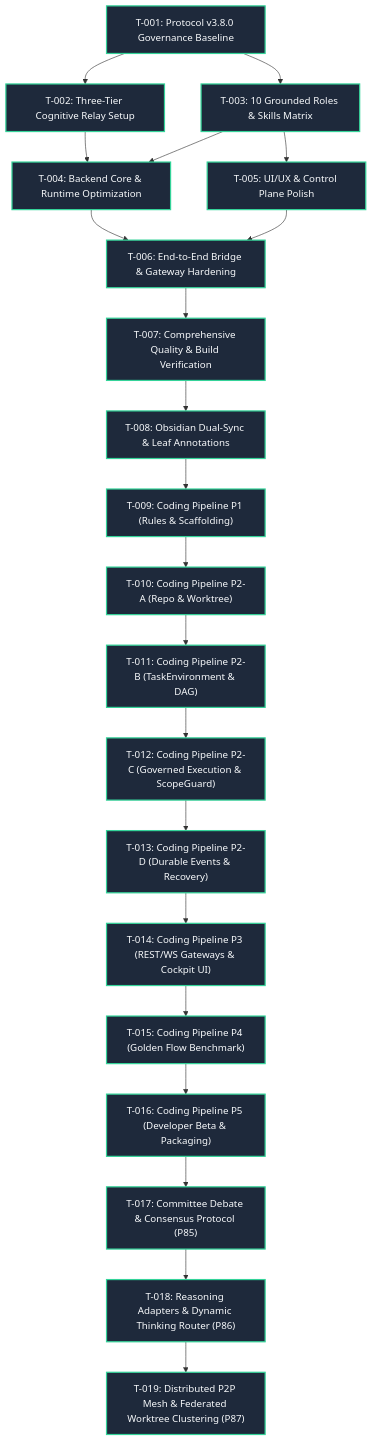
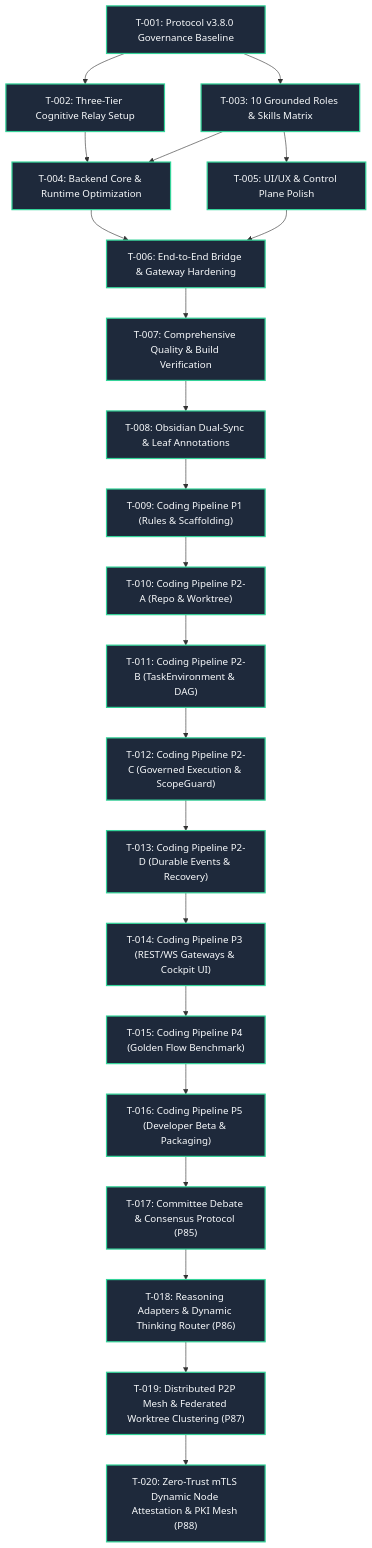
Before and after one commit to OPluke11-abula/LLM-Agent-System: the diagram in docs/obsidian/05 Task Status & Multi-Agent Execution DAG.md, drawn with Mermaid. The commit also changed other lines of this file and 11 other files, not shown here.

Commit message:
feat(pki): implement zero-trust mtls dynamic node attestation and mutual tls pki mesh (p88) (#11)

````diff
--- a/docs/obsidian/05 Task Status & Multi-Agent Execution DAG.md
+++ b/docs/obsidian/05 Task Status & Multi-Agent Execution DAG.md
@@ -24,46 +24,48 @@
 ```mermaid
 graph TD
     classDef done fill:#1e293b,stroke:#34d399,stroke-width:2px,color:#f8fafc;
     classDef todo fill:#1e293b,stroke:#f59e0b,stroke-width:2px,color:#f8fafc;
 
     T01["T-001: Protocol v3.8.0 Governance Baseline"]:::done
     T02["T-002: Three-Tier Cognitive Relay Setup"]:::done
     T03["T-003: 10 Grounded Roles & Skills Matrix"]:::done
     T04["T-004: Backend Core & Runtime Optimization"]:::done
     T05["T-005: UI/UX & Control Plane Polish"]:::done
     T06["T-006: End-to-End Bridge & Gateway Hardening"]:::done
     T07["T-007: Comprehensive Quality & Build Verification"]:::done
     T08["T-008: Obsidian Dual-Sync & Leaf Annotations"]:::done
     T09["T-009: Coding Pipeline P1 (Rules & Scaffolding)"]:::done
     T10["T-010: Coding Pipeline P2-A (Repo & Worktree)"]:::done
     T11["T-011: Coding Pipeline P2-B (TaskEnvironment & DAG)"]:::done
     T12["T-012: Coding Pipeline P2-C (Governed Execution & ScopeGuard)"]:::done
     T13["T-013: Coding Pipeline P2-D (Durable Events & Recovery)"]:::done
     T14["T-014: Coding Pipeline P3 (REST/WS Gateways & Cockpit UI)"]:::done
     T15["T-015: Coding Pipeline P4 (Golden Flow Benchmark)"]:::done
     T16["T-016: Coding Pipeline P5 (Developer Beta & Packaging)"]:::done
     T17["T-017: Committee Debate & Consensus Protocol (P85)"]:::done
     T18["T-018: Reasoning Adapters & Dynamic Thinking Router (P86)"]:::done
     T19["T-019: Distributed P2P Mesh & Federated Worktree Clustering (P87)"]:::done
+    T20["T-020: Zero-Trust mTLS Dynamic Node Attestation & PKI Mesh (P88)"]:::done
 
     T01 --> T02
     T01 --> T03
     T02 --> T04
     T03 --> T04
     T03 --> T05
     T04 --> T06
     T05 --> T06
     T06 --> T07
     T07 --> T08
     T08 --> T09
     T09 --> T10
     T10 --> T11
     T11 --> T12
     T12 --> T13
     T13 --> T14
     T14 --> T15
     T15 --> T16
     T16 --> T17
     T17 --> T18
     T18 --> T19
+    T19 --> T20
 ```
````
